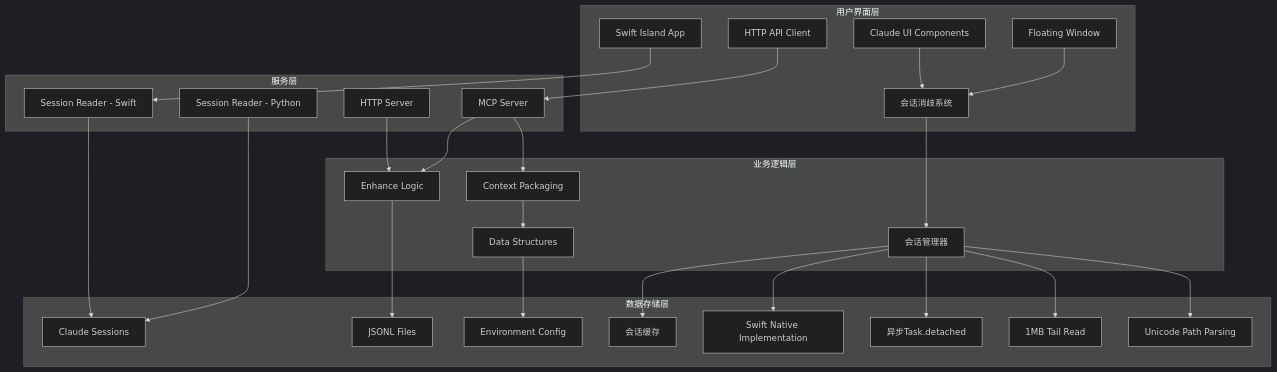
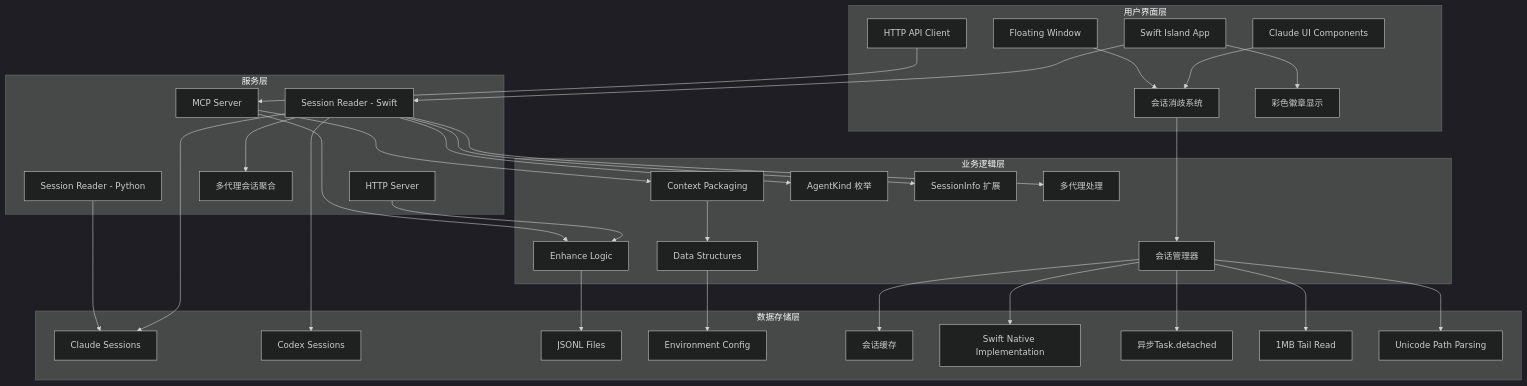
Before and after one commit to WyRainBow/PromptCocoPilot: the second of 27 diagrams in .qoder/repowiki/zh/content/核心架构/会话管理系统.md, drawn with Mermaid (dark theme). The commit also changed other lines of this file and 54 other files, not shown here.

First line of the commit message:
feat(claude-ui): Qoder source, session IDs, 40-turn context, UI polish

````diff
--- a/.qoder/repowiki/zh/content/核心架构/会话管理系统.md
+++ b/.qoder/repowiki/zh/content/核心架构/会话管理系统.md
@@ -140,50 +150,62 @@
 ```mermaid
 graph TB
 subgraph "用户界面层"
 A[Floating Window]
 B[Claude UI Components]
 C[HTTP API Client]
 D[会话消歧系统]
 E[Swift Island App]
+F[彩色徽章显示]
 end
 subgraph "服务层"
-F[MCP Server]
-G[HTTP Server]
-H[Session Reader - Python]
-I[Session Reader - Swift]
+G[MCP Server]
+H[HTTP Server]
+I[Session Reader - Python]
+J[Session Reader - Swift]
+K[多代理会话聚合]
 end
 subgraph "业务逻辑层"
-J[Enhance Logic]
-K[Context Packaging]
-L[Data Structures]
-M[会话管理器]
+L[Enhance Logic]
+M[Context Packaging]
+N[Data Structures]
+O[会话管理器]
+P[AgentKind 枚举]
+Q[SessionInfo 扩展]
+R[多代理处理]
 end
 subgraph "数据存储层"
-N[Claude Sessions]
-O[JSONL Files]
-P[Environment Config]
-Q[会话缓存]
-R[Swift Native Implementation]
-S[异步Task.detached]
-T[1MB Tail Read]
-U[Unicode Path Parsing]
+S[Claude Sessions]
+T[Codex Sessions]
+U[JSONL Files]
+V[Environment Config]
+W[会话缓存]
+X[Swift Native Implementation]
+Y[异步Task.detached]
+Z[1MB Tail Read]
+AA[Unicode Path Parsing]
 end
 A --> D
 B --> D
-C --> F
-D --> M
-E --> I
-F --> J
-F --> K
-G --> J
-H --> N
-I --> N
-J --> O
-K --> L
-L --> P
-M --> Q
-M --> R
-M --> S
-M --> T
-M --> U
+C --> G
+D --> O
+E --> J
+E --> F
+G --> L
+G --> M
+H --> L
+I --> S
+J --> S
+J --> T
+J --> K
+J --> P
+J --> Q
+J --> R
+L --> U
+M --> N
+N --> V
+O --> W
+O --> X
+O --> Y
+O --> Z
+O --> AA
 ```
````
